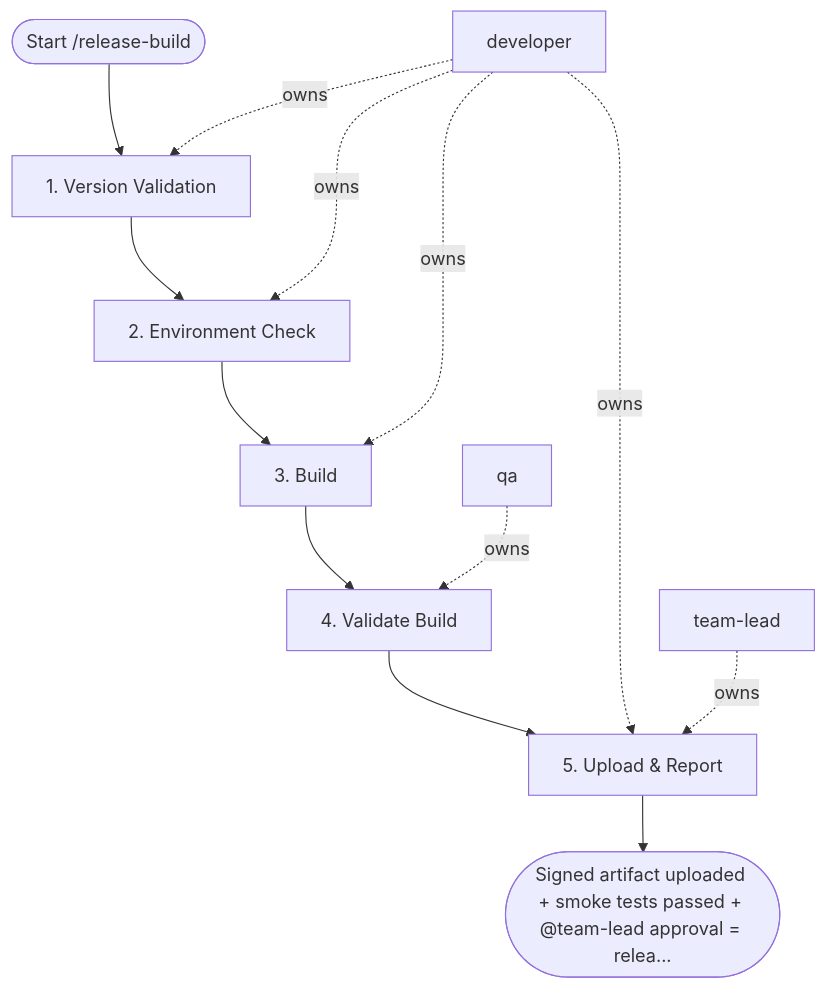
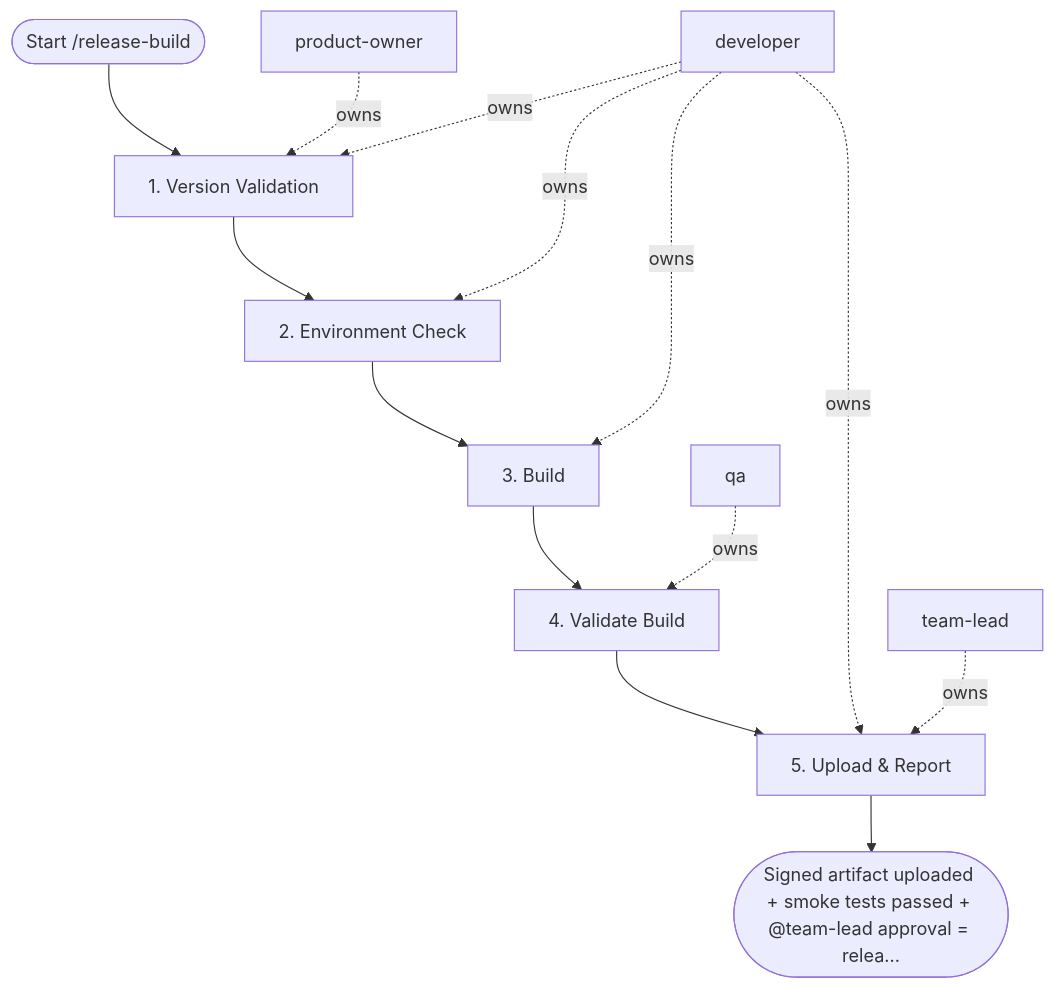
The diagram in areas/software/mobile/workflows/release-build.md (sawrus/agent-guides), drawn with Mermaid before and after one commit. The commit also changed other lines of this file and 76 other files, not shown here.

Commit message:
Standardize workflow product owner initiation

````diff
--- a/areas/software/mobile/workflows/release-build.md
+++ b/areas/software/mobile/workflows/release-build.md
@@ -69,25 +69,27 @@
 ```mermaid
 flowchart TD
   start(["Start /release-build"])
-  role_1["developer"]
-  role_2["qa"]
-  role_3["team-lead"]
+  role_1["product-owner"]
+  role_2["developer"]
+  role_3["qa"]
+  role_4["team-lead"]
   step_1["1. Version Validation"]
   step_2["2. Environment Check"]
   step_3["3. Build"]
   step_4["4. Validate Build"]
   step_5["5. Upload & Report"]
   exit(["Signed artifact uploaded + smoke tests passed + @team-lead approval = relea..."])
   start --> step_1
   step_1 --> step_2
   step_2 --> step_3
   step_3 --> step_4
   step_4 --> step_5
   step_5 --> exit
   role_1 -. owns .-> step_1
-  role_1 -. owns .-> step_2
-  role_1 -. owns .-> step_3
-  role_2 -. owns .-> step_4
-  role_1 -. owns .-> step_5
-  role_3 -. owns .-> step_5
+  role_2 -. owns .-> step_1
+  role_2 -. owns .-> step_2
+  role_2 -. owns .-> step_3
+  role_3 -. owns .-> step_4
+  role_2 -. owns .-> step_5
+  role_4 -. owns .-> step_5
 ```
````
